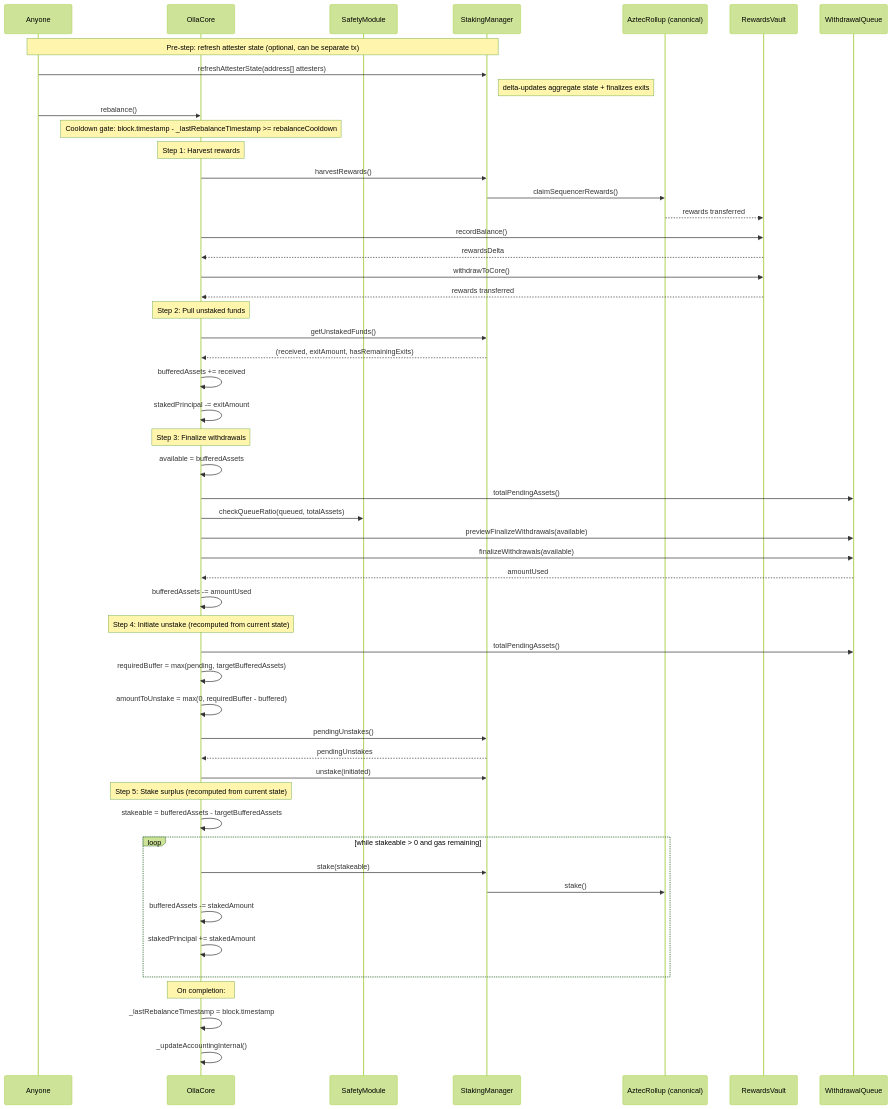
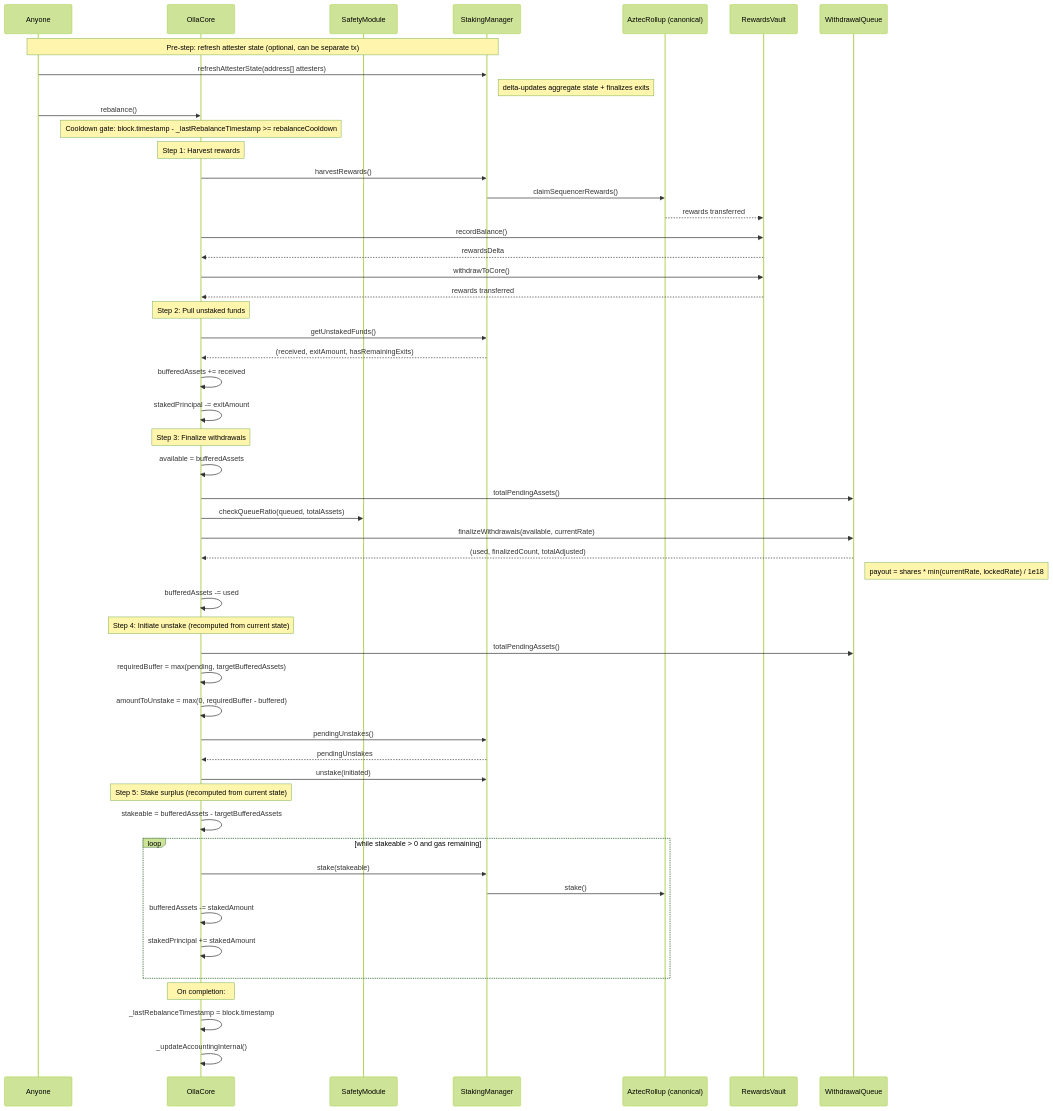
The seventh of 9 diagrams in docs/operator-actions.md (ollafinance/core), drawn with Mermaid (forest theme) before and after one commit. The commit also changed other lines of this file and 20 other files, not shown here.

First line of the commit message:
fix: adjust withdrawal queue assetsExpected after slashing via min(currentRate, lockedRate) (#310)

````diff
--- a/docs/operator-actions.md
+++ b/docs/operator-actions.md
@@ -143,62 +141,62 @@
 ```mermaid
 sequenceDiagram
     participant A as Anyone
     participant C as OllaCore
     participant SAF as SafetyModule
     participant SM as StakingManager
     participant AR as AztecRollup (canonical)
     participant RV as RewardsVault
     participant WQ as WithdrawalQueue
 
     Note over A,SM: Pre-step: refresh attester state (optional, can be separate tx)
     A->>SM: refreshAttesterState(address[] attesters)
     Note right of SM: delta-updates aggregate state + finalizes exits
 
     A->>C: rebalance()
     Note over C: Cooldown gate: block.timestamp - _lastRebalanceTimestamp >= rebalanceCooldown
 
     Note over C: Step 1: Harvest rewards
     C->>SM: harvestRewards()
     SM->>AR: claimSequencerRewards()
     AR-->>RV: rewards transferred
     C->>RV: recordBalance()
     RV-->>C: rewardsDelta
     C->>RV: withdrawToCore()
     RV-->>C: rewards transferred
 
     Note over C: Step 2: Pull unstaked funds
     C->>SM: getUnstakedFunds()
     SM-->>C: (received, exitAmount, hasRemainingExits)
     C->>C: bufferedAssets += received
     C->>C: stakedPrincipal -= exitAmount
 
     Note over C: Step 3: Finalize withdrawals
     C->>C: available = bufferedAssets
     C->>WQ: totalPendingAssets()
     C->>SAF: checkQueueRatio(queued, totalAssets)
-    C->>WQ: previewFinalizeWithdrawals(available)
-    C->>WQ: finalizeWithdrawals(available)
-    WQ-->>C: amountUsed
-    C->>C: bufferedAssets -= amountUsed
+    C->>WQ: finalizeWithdrawals(available, currentRate)
+    WQ-->>C: (used, finalizedCount, totalAdjusted)
+    Note right of WQ: payout = shares * min(currentRate, lockedRate) / 1e18
+    C->>C: bufferedAssets -= used
 
     Note over C: Step 4: Initiate unstake (recomputed from current state)
     C->>WQ: totalPendingAssets()
     C->>C: requiredBuffer = max(pending, targetBufferedAssets)
     C->>C: amountToUnstake = max(0, requiredBuffer - buffered)
     C->>SM: pendingUnstakes()
     SM-->>C: pendingUnstakes
     C->>SM: unstake(initiated)
 
     Note over C: Step 5: Stake surplus (recomputed from current state)
     C->>C: stakeable = bufferedAssets - targetBufferedAssets
     loop while stakeable > 0 and gas remaining
         C->>SM: stake(stakeable)
         SM->>AR: stake()
         C->>C: bufferedAssets -= stakedAmount
         C->>C: stakedPrincipal += stakedAmount
     end
 
     Note over C: On completion:
     C->>C: _lastRebalanceTimestamp = block.timestamp
     C->>C: _updateAccountingInternal()
 ```
````
